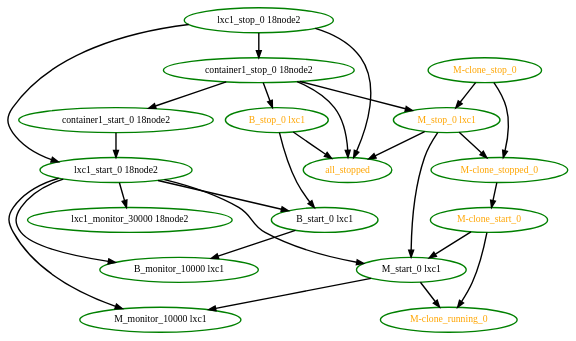
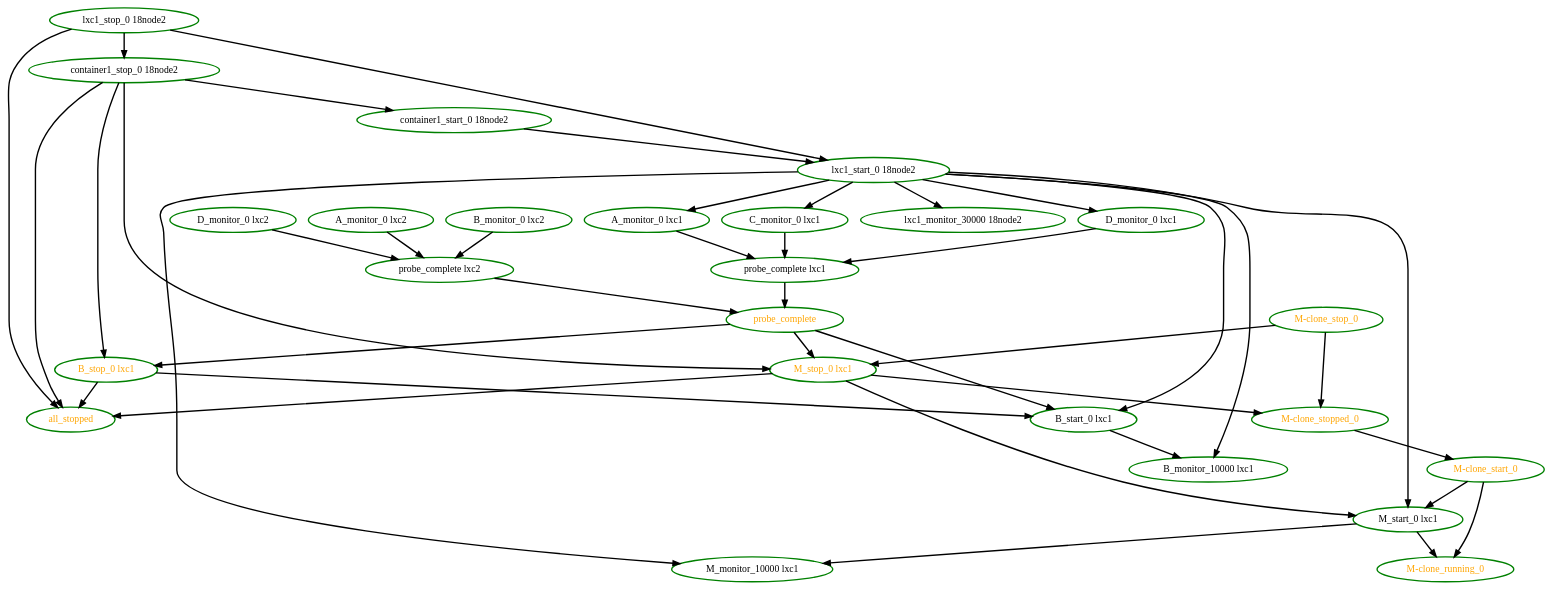
Before and after one commit to ClusterLabs/pacemaker: the diagram in pengine/test10/whitebox-fail2.dot, drawn with Graphviz. The commit also changed 26 other files, not shown here.

```diff
--- a/pengine/test10/whitebox-fail2.dot
+++ b/pengine/test10/whitebox-fail2.dot
@@ -1,44 +1,67 @@
 digraph "g" {
+"A_monitor_0 lxc1" -> "probe_complete lxc1" [ style = bold]
+"A_monitor_0 lxc1" [ style=bold color="green" fontcolor="black"]
+"A_monitor_0 lxc2" -> "probe_complete lxc2" [ style = bold]
+"A_monitor_0 lxc2" [ style=bold color="green" fontcolor="black"]
+"B_monitor_0 lxc2" -> "probe_complete lxc2" [ style = bold]
+"B_monitor_0 lxc2" [ style=bold color="green" fontcolor="black"]
 "B_monitor_10000 lxc1" [ style=bold color="green" fontcolor="black"]
 "B_start_0 lxc1" -> "B_monitor_10000 lxc1" [ style = bold]
 "B_start_0 lxc1" [ style=bold color="green" fontcolor="black"]
 "B_stop_0 lxc1" -> "B_start_0 lxc1" [ style = bold]
 "B_stop_0 lxc1" -> "all_stopped" [ style = bold]
 "B_stop_0 lxc1" [ style=bold color="green" fontcolor="orange"]
+"C_monitor_0 lxc1" -> "probe_complete lxc1" [ style = bold]
+"C_monitor_0 lxc1" [ style=bold color="green" fontcolor="black"]
+"D_monitor_0 lxc1" -> "probe_complete lxc1" [ style = bold]
+"D_monitor_0 lxc1" [ style=bold color="green" fontcolor="black"]
+"D_monitor_0 lxc2" -> "probe_complete lxc2" [ style = bold]
+"D_monitor_0 lxc2" [ style=bold color="green" fontcolor="black"]
 "M-clone_running_0" [ style=bold color="green" fontcolor="orange"]
 "M-clone_start_0" -> "M-clone_running_0" [ style = bold]
 "M-clone_start_0" -> "M_start_0 lxc1" [ style = bold]
 "M-clone_start_0" [ style=bold color="green" fontcolor="orange"]
 "M-clone_stop_0" -> "M-clone_stopped_0" [ style = bold]
 "M-clone_stop_0" -> "M_stop_0 lxc1" [ style = bold]
 "M-clone_stop_0" [ style=bold color="green" fontcolor="orange"]
 "M-clone_stopped_0" -> "M-clone_start_0" [ style = bold]
 "M-clone_stopped_0" [ style=bold color="green" fontcolor="orange"]
 "M_monitor_10000 lxc1" [ style=bold color="green" fontcolor="black"]
 "M_start_0 lxc1" -> "M-clone_running_0" [ style = bold]
 "M_start_0 lxc1" -> "M_monitor_10000 lxc1" [ style = bold]
 "M_start_0 lxc1" [ style=bold color="green" fontcolor="black"]
 "M_stop_0 lxc1" -> "M-clone_stopped_0" [ style = bold]
 "M_stop_0 lxc1" -> "M_start_0 lxc1" [ style = bold]
 "M_stop_0 lxc1" -> "all_stopped" [ style = bold]
 "M_stop_0 lxc1" [ style=bold color="green" fontcolor="orange"]
 "all_stopped" [ style=bold color="green" fontcolor="orange"]
 "container1_start_0 18node2" -> "lxc1_start_0 18node2" [ style = bold]
 "container1_start_0 18node2" [ style=bold color="green" fontcolor="black"]
 "container1_stop_0 18node2" -> "B_stop_0 lxc1" [ style = bold]
 "container1_stop_0 18node2" -> "M_stop_0 lxc1" [ style = bold]
 "container1_stop_0 18node2" -> "all_stopped" [ style = bold]
 "container1_stop_0 18node2" -> "container1_start_0 18node2" [ style = bold]
 "container1_stop_0 18node2" [ style=bold color="green" fontcolor="black"]
 "lxc1_monitor_30000 18node2" [ style=bold color="green" fontcolor="black"]
+"lxc1_start_0 18node2" -> "A_monitor_0 lxc1" [ style = bold]
 "lxc1_start_0 18node2" -> "B_monitor_10000 lxc1" [ style = bold]
 "lxc1_start_0 18node2" -> "B_start_0 lxc1" [ style = bold]
+"lxc1_start_0 18node2" -> "C_monitor_0 lxc1" [ style = bold]
+"lxc1_start_0 18node2" -> "D_monitor_0 lxc1" [ style = bold]
 "lxc1_start_0 18node2" -> "M_monitor_10000 lxc1" [ style = bold]
 "lxc1_start_0 18node2" -> "M_start_0 lxc1" [ style = bold]
 "lxc1_start_0 18node2" -> "lxc1_monitor_30000 18node2" [ style = bold]
 "lxc1_start_0 18node2" [ style=bold color="green" fontcolor="black"]
 "lxc1_stop_0 18node2" -> "all_stopped" [ style = bold]
 "lxc1_stop_0 18node2" -> "container1_stop_0 18node2" [ style = bold]
 "lxc1_stop_0 18node2" -> "lxc1_start_0 18node2" [ style = bold]
 "lxc1_stop_0 18node2" [ style=bold color="green" fontcolor="black"]
+"probe_complete lxc1" -> "probe_complete" [ style = bold]
+"probe_complete lxc1" [ style=bold color="green" fontcolor="black"]
+"probe_complete lxc2" -> "probe_complete" [ style = bold]
+"probe_complete lxc2" [ style=bold color="green" fontcolor="black"]
+"probe_complete" -> "B_start_0 lxc1" [ style = bold]
+"probe_complete" -> "B_stop_0 lxc1" [ style = bold]
+"probe_complete" -> "M_stop_0 lxc1" [ style = bold]
+"probe_complete" [ style=bold color="green" fontcolor="orange"]
 }
```
